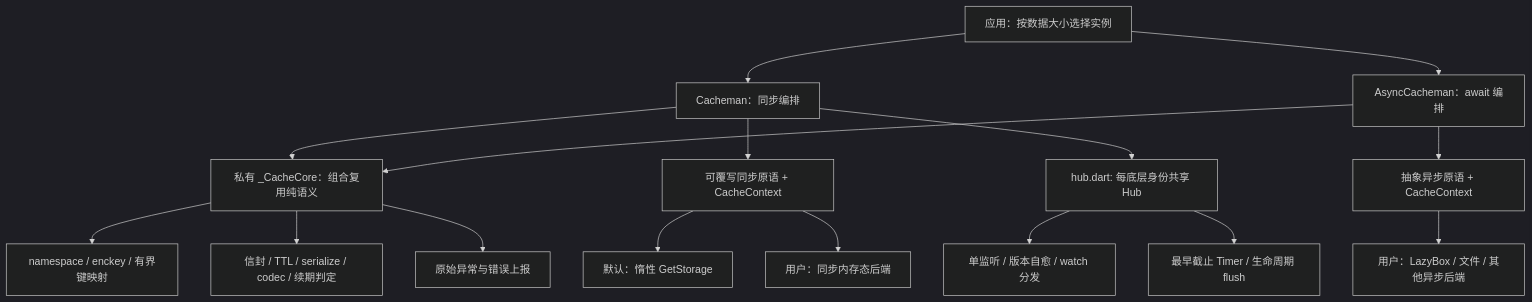
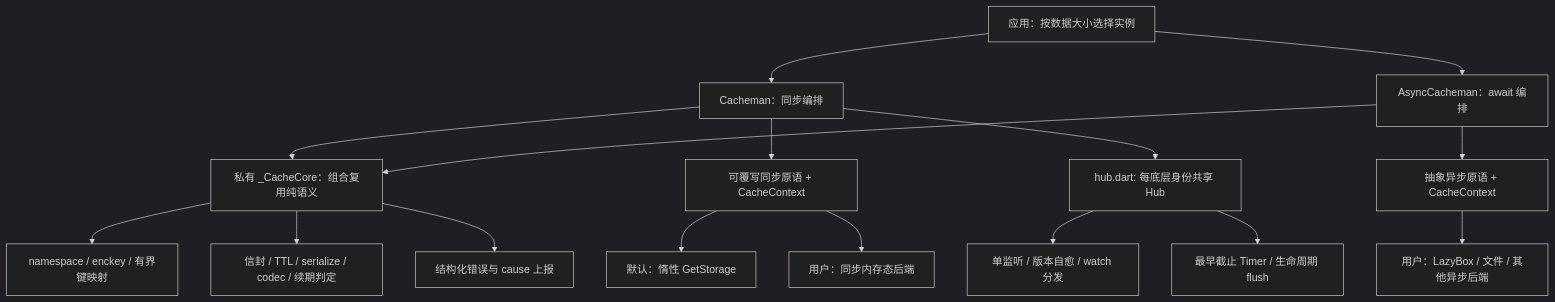
The diagram in cacheman/ARCHITECTURE.md (icodejoo/dart-labs), drawn with Mermaid (dark theme) before and after one commit. The commit also changed other lines of this file and 23 other files, not shown here.

````diff
--- a/cacheman/ARCHITECTURE.md
+++ b/cacheman/ARCHITECTURE.md
@@ -10,18 +10,18 @@
 ```mermaid
 flowchart TD
     App[应用：按数据大小选择实例] --> Sync[Cacheman：同步编排]
     App --> Async[AsyncCacheman：await 编排]
     Sync --> Core[私有 _CacheCore：组合复用纯语义]
     Async --> Core
     Core --> Keys[namespace / enckey / 有界键映射]
     Core --> Envelope[信封 / TTL / serialize / codec / 续期判定]
-    Core --> Errors[原始异常与错误上报]
+    Core --> Errors[结构化错误与 cause 上报]
     Sync --> SyncRaw[可覆写同步原语 + CacheContext]
     Sync --> Hub[hub.dart: 每底层身份共享 Hub]
     Hub --> Notify[单监听 / 版本自愈 / watch 分发]
     Hub --> Flush[最早截止 Timer / 生命周期 flush]
     Async --> AsyncRaw[抽象异步原语 + CacheContext]
     SyncRaw --> Default[默认：惰性 GetStorage]
     SyncRaw --> UserSync[用户：同步内存态后端]
     AsyncRaw --> UserAsync[用户：LazyBox / 文件 / 其他异步后端]
 ```
````
